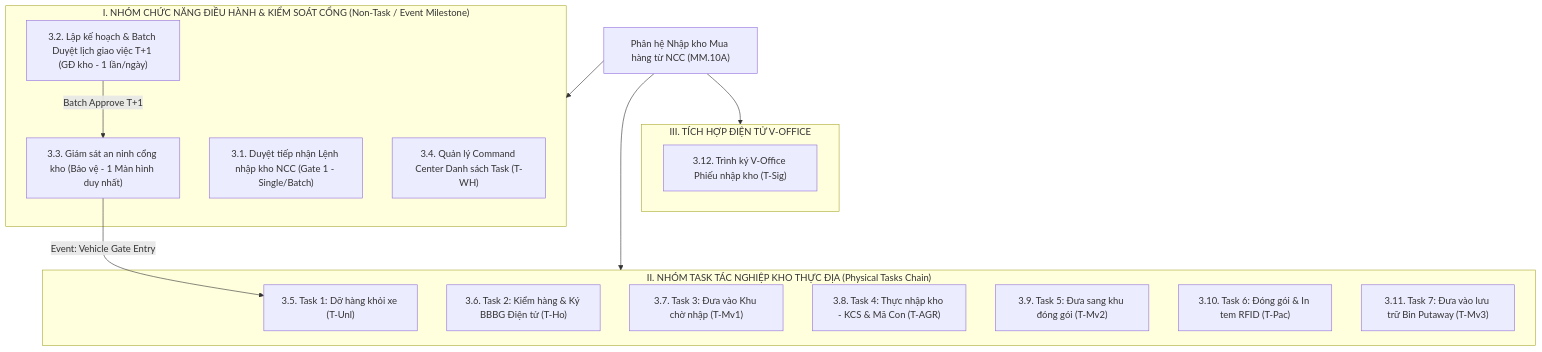
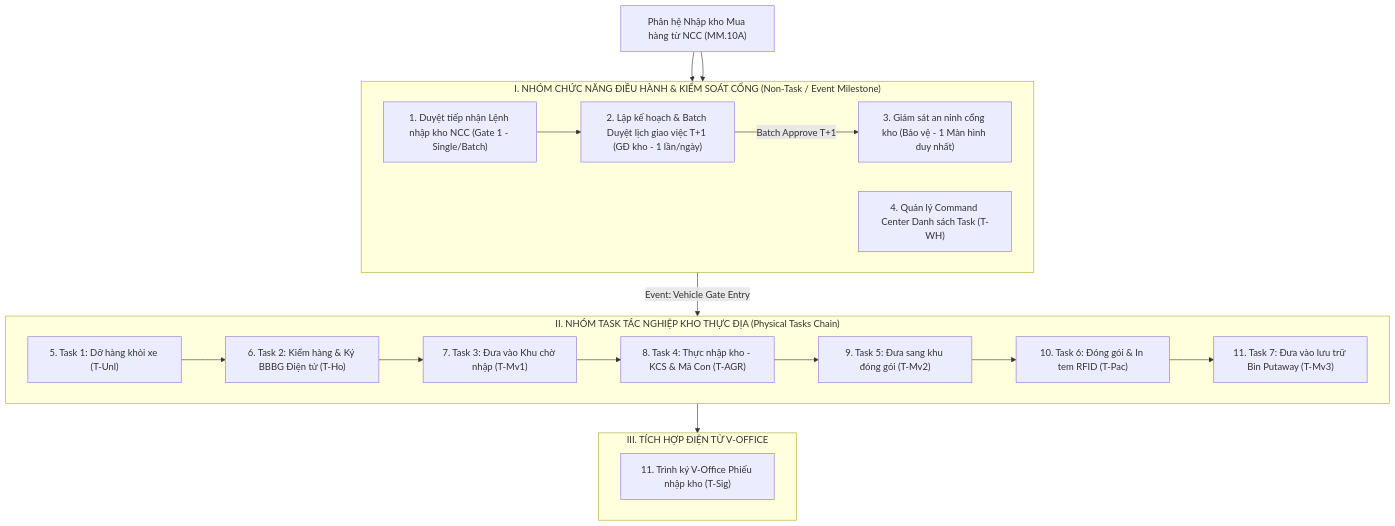
Before and after one commit to EdwardTran04/Project_Management: the first of 8 diagrams in ba/documents/srs/new/SRS_MM.10A_QuyTrinh_Va_ManHinh_Task_NhapKho_NCC_v1.0.0.md, drawn with Mermaid. The commit also changed other lines of this file and 3 other files, not shown here.

````diff
--- a/ba/documents/srs/new/SRS_MM.10A_QuyTrinh_Va_ManHinh_Task_NhapKho_NCC_v1.0.0.md
+++ b/ba/documents/srs/new/SRS_MM.10A_QuyTrinh_Va_ManHinh_Task_NhapKho_NCC_v1.0.0.md
@@ -167,32 +125,43 @@
 ```mermaid
-graph TD
+flowchart TD
+    %% Root Module
     A["Phân hệ Nhập kho Mua hàng từ NCC (MM.10A)"]
 
+    %% Group I: Management & Gate Control
     subgraph GROUP_MGMT ["I. NHÓM CHỨC NĂNG ĐIỀU HÀNH & KIỂM SOÁT CỔNG (Non-Task / Event Milestone)"]
-        B1["3.1. Duyệt tiếp nhận Lệnh nhập kho NCC (Gate 1 - Single/Batch)"]
-        B2["3.2. Lập kế hoạch & Batch Duyệt lịch giao việc T+1 (GĐ kho - 1 lần/ngày)"]
-        B3["3.3. Giám sát an ninh cổng kho (Bảo vệ - 1 Màn hình duy nhất)"]
-        B4["3.4. Quản lý Command Center Danh sách Task (T-WH)"]
+        direction LR
+        B1["1. Duyệt tiếp nhận Lệnh nhập kho NCC (Gate 1 - Single/Batch)"]
+        B2["2. Lập kế hoạch & Batch Duyệt lịch giao việc T+1 (GĐ kho - 1 lần/ngày)"]
+        B3["3. Giám sát an ninh cổng kho (Bảo vệ - 1 Màn hình duy nhất)"]
+        B4["4. Quản lý Command Center Danh sách Task (T-WH)"]
+
+        B1 --> B2
+        B2 -->|Batch Approve T+1| B3
     end
 
+    %% Group II: Physical Tasks Chain
     subgraph GROUP_TASK ["II. NHÓM TASK TÁC NGHIỆP KHO THỰC ĐỊA (Physical Tasks Chain)"]
-        T1["3.5. Task 1: Dỡ hàng khỏi xe (T-Unl)"]
-        T2["3.6. Task 2: Kiểm hàng & Ký BBBG Điện tử (T-Ho)"]
-        T3["3.7. Task 3: Đưa vào Khu chờ nhập (T-Mv1)"]
-        T4["3.8. Task 4: Thực nhập kho - KCS & Mã Con (T-AGR)"]
-        T5["3.9. Task 5: Đưa sang khu đóng gói (T-Mv2)"]
-        T6["3.10. Task 6: Đóng gói & In tem RFID (T-Pac)"]
-        T7["3.11. Task 7: Đưa vào lưu trữ Bin Putaway (T-Mv3)"]
+        direction LR
+        T1["5. Task 1: Dỡ hàng khỏi xe (T-Unl)"]
+        T2["6. Task 2: Kiểm hàng & Ký BBBG Điện tử (T-Ho)"]
+        T3["7. Task 3: Đưa vào Khu chờ nhập (T-Mv1)"]
+        T4["8. Task 4: Thực nhập kho - KCS & Mã Con (T-AGR)"]
+        T5["9. Task 5: Đưa sang khu đóng gói (T-Mv2)"]
+        T6["10. Task 6: Đóng gói & In tem RFID (T-Pac)"]
+        T7["11. Task 7: Đưa vào lưu trữ Bin Putaway (T-Mv3)"]
+
+        T1 --> T2 --> T3 --> T4 --> T5 --> T6 --> T7
     end
 
+    %% Group III: V-Office Integration
     subgraph GROUP_VOFFICE ["III. TÍCH HỢP ĐIỆN TỬ V-OFFICE"]
-        V1["3.12. Trình ký V-Office Phiếu nhập kho (T-Sig)"]
+        direction LR
+        V1["11. Trình ký V-Office Phiếu nhập kho (T-Sig)"]
     end
 
-    A --> GROUP_MGMT
-    A --> GROUP_TASK
-    A --> GROUP_VOFFICE
-
-    B2 -->|Batch Approve T+1| B3
+    %% Flow Connections (Top to Bottom across Subgraphs)
+    A --> B1
+    A --> B4
     B3 -->|Event: Vehicle Gate Entry| T1
+    T7 --> V1
 ```
````
